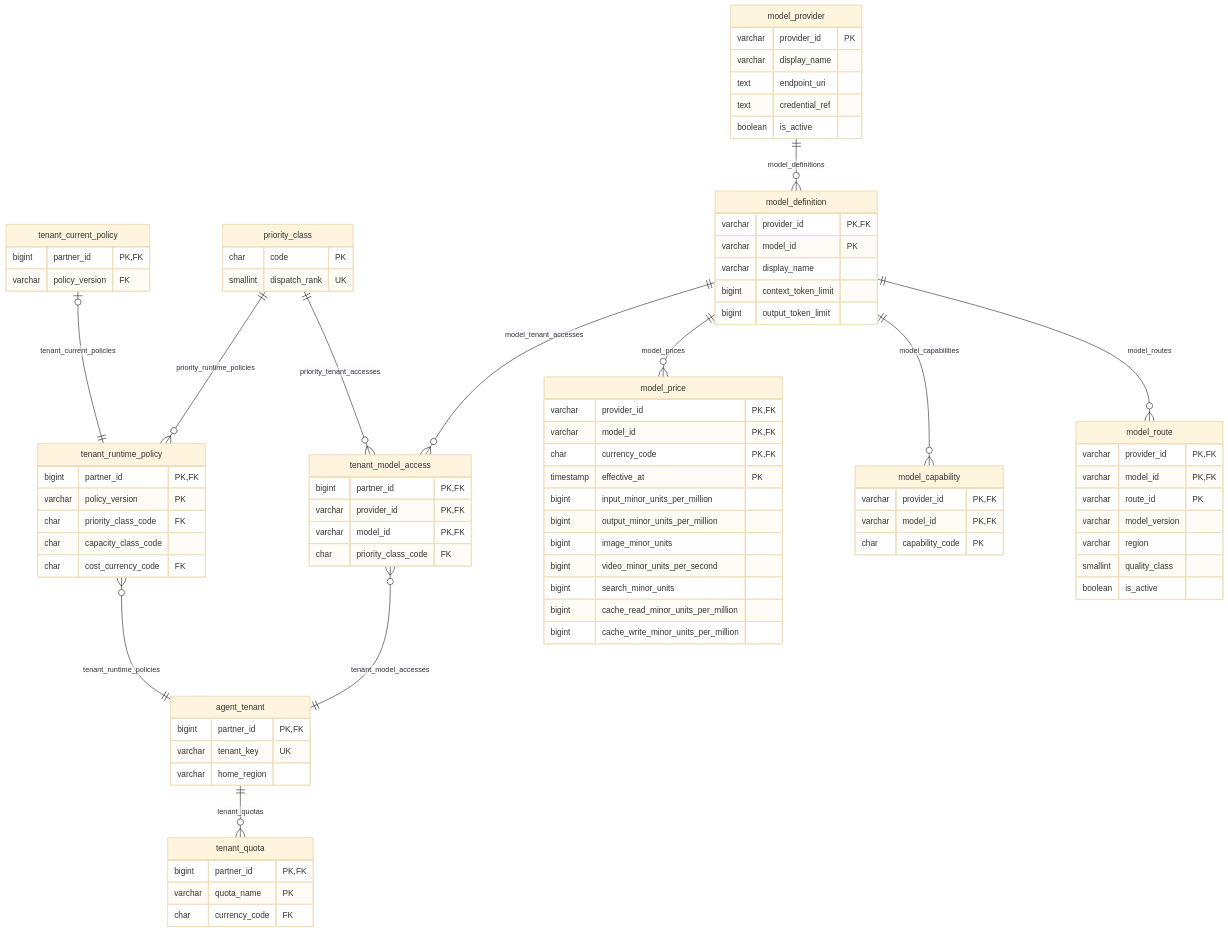
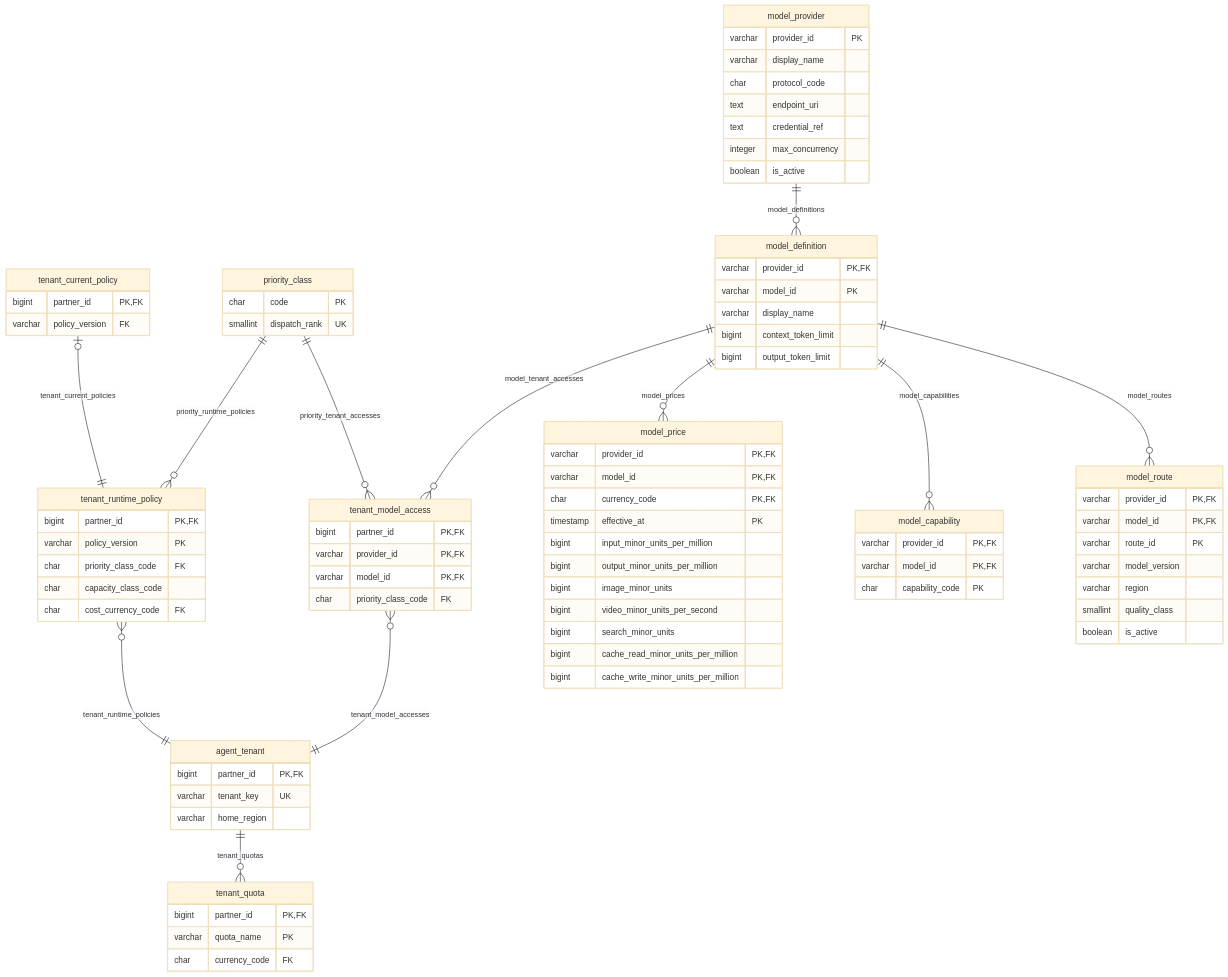
Before and after one commit to nauticana/scout: the third of 24 diagrams in doc/database.md, drawn with Mermaid (base theme). The commit also changed 28 other files, not shown here.

```diff
--- a/doc/database.md
+++ b/doc/database.md
@@ -601,8 +601,10 @@
     model_provider {
         varchar provider_id PK
         varchar display_name
+        char protocol_code
         text endpoint_uri
         text credential_ref
+        integer max_concurrency
         boolean is_active
     }
     model_definition {
```
